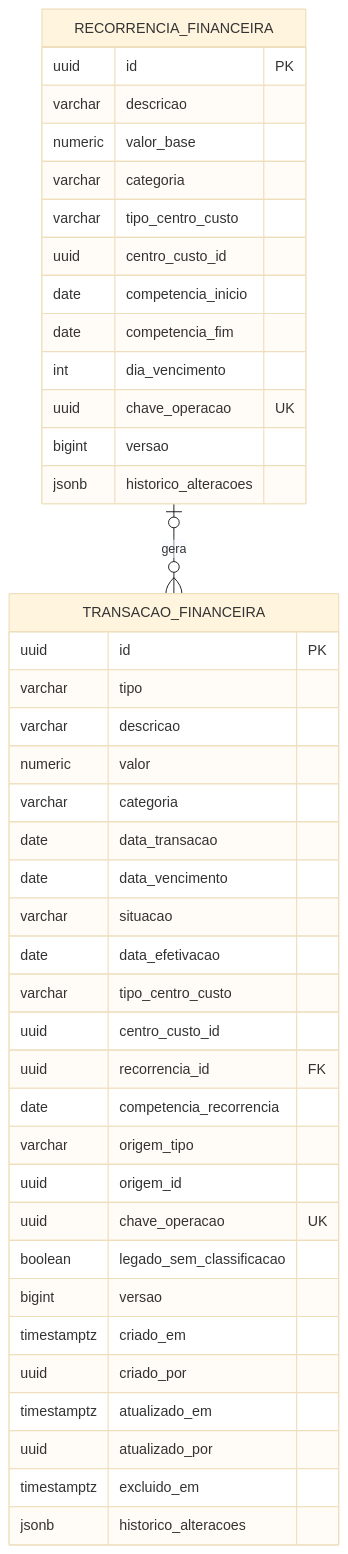
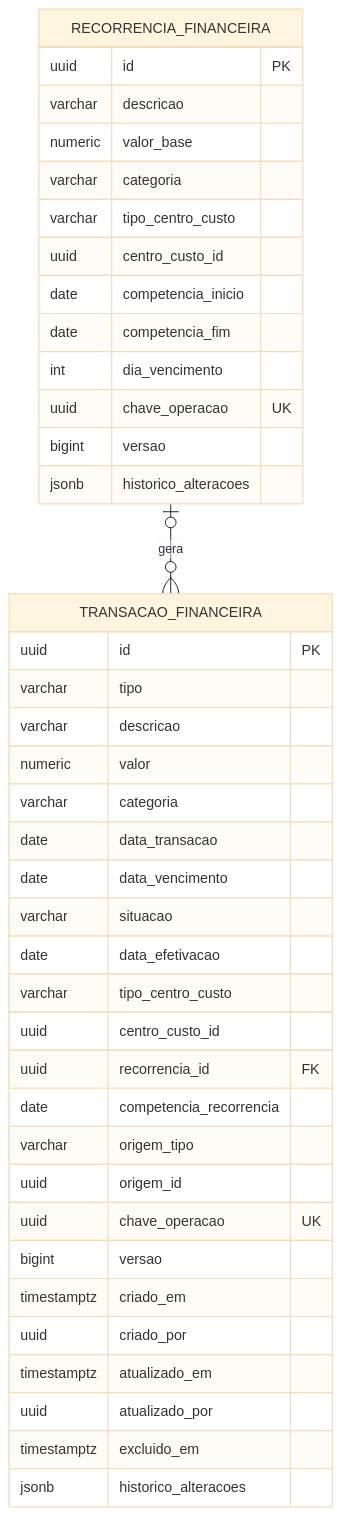
Before and after one commit to vitorboucault/sistema-jcb-pecuaria: the diagram in .spec/features/financeiro-essencial/spec.md, drawn with Mermaid (base theme). The commit also changed other lines of this file and 15 other files, not shown here.

````diff
--- a/.spec/features/financeiro-essencial/spec.md
+++ b/.spec/features/financeiro-essencial/spec.md
@@ -141,44 +143,43 @@
 ```mermaid
 erDiagram
     RECORRENCIA_FINANCEIRA o|--o{ TRANSACAO_FINANCEIRA : gera
     RECORRENCIA_FINANCEIRA {
         uuid id PK
         varchar descricao
         numeric valor_base
         varchar categoria
         varchar tipo_centro_custo
         uuid centro_custo_id
         date competencia_inicio
         date competencia_fim
         int dia_vencimento
         uuid chave_operacao UK
         bigint versao
         jsonb historico_alteracoes
     }
     TRANSACAO_FINANCEIRA {
         uuid id PK
         varchar tipo
         varchar descricao
         numeric valor
         varchar categoria
         date data_transacao
         date data_vencimento
         varchar situacao
         date data_efetivacao
         varchar tipo_centro_custo
         uuid centro_custo_id
         uuid recorrencia_id FK
         date competencia_recorrencia
         varchar origem_tipo
         uuid origem_id
         uuid chave_operacao UK
-        boolean legado_sem_classificacao
         bigint versao
         timestamptz criado_em
         uuid criado_por
         timestamptz atualizado_em
         uuid atualizado_por
         timestamptz excluido_em
         jsonb historico_alteracoes
     }
 ```
````
